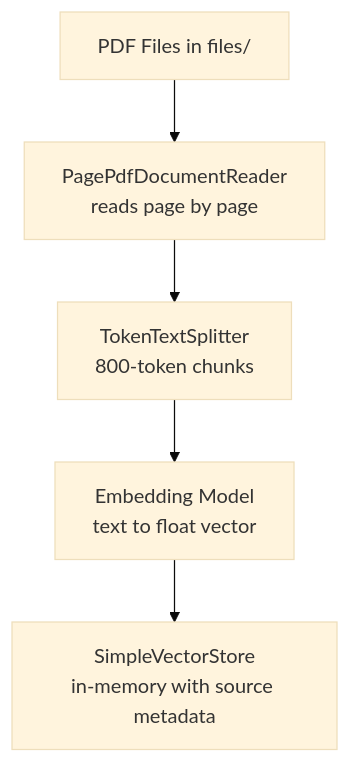
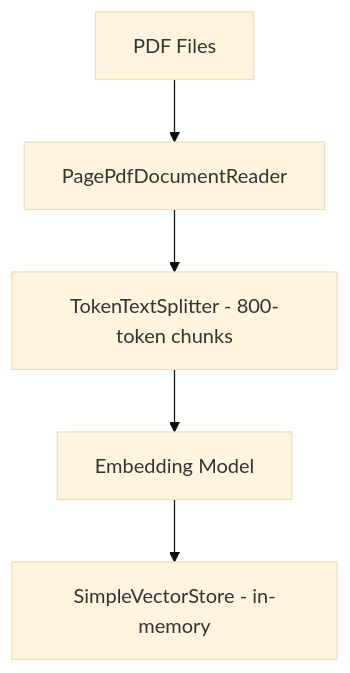
One commit to satulurideepak4/summarize-document changed the first of 3 diagrams in README.md. Above: the diagram before and after it, drawn with Mermaid (base theme). The commit also changed other lines of this file, not shown here.

````diff
--- a/README.md
+++ b/README.md
@@ -23,7 +23,7 @@
 ```mermaid
 flowchart TD
-    A[PDF Files in files/] --> B[PagePdfDocumentReader\nreads page by page]
-    B --> C[TokenTextSplitter\n800-token chunks]
-    C --> D[Embedding Model\ntext to float vector]
-    D --> E[SimpleVectorStore\nin-memory with source metadata]
+    A[PDF Files] --> B[PagePdfDocumentReader]
+    B --> C[TokenTextSplitter - 800-token chunks]
+    C --> D[Embedding Model]
+    D --> E[SimpleVectorStore - in-memory]
 ```
````
